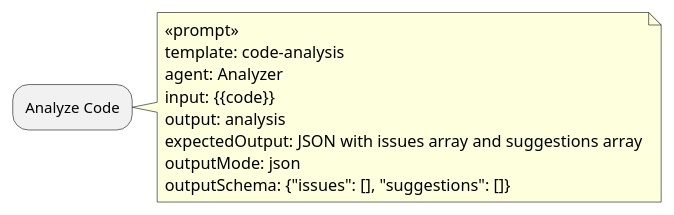
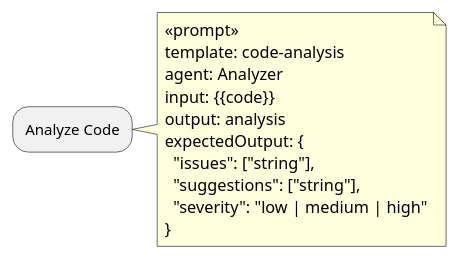
Before and after one commit to JuanToanXoup/copilot-api-minimal: the third of 12 diagrams in docs/plantuml-workflow-schema.md, drawn with PlantUML. The commit also changed other lines of this file, not shown here.

First line of the commit message:
Make expectedOutput required as JSON object

````diff
--- a/docs/plantuml-workflow-schema.md
+++ b/docs/plantuml-workflow-schema.md
@@ -85,13 +85,15 @@
 ```plantuml
 :Analyze Code;
 note right
   <<prompt>>
   template: code-analysis
   agent: Analyzer
   input: {{code}}
   output: analysis
-  expectedOutput: JSON with issues array and suggestions array
-  outputMode: json
-  outputSchema: {"issues": [], "suggestions": []}
+  expectedOutput: {
+    "issues": ["string"],
+    "suggestions": ["string"],
+    "severity": "low | medium | high"
+  }
 end note
 ```
````
